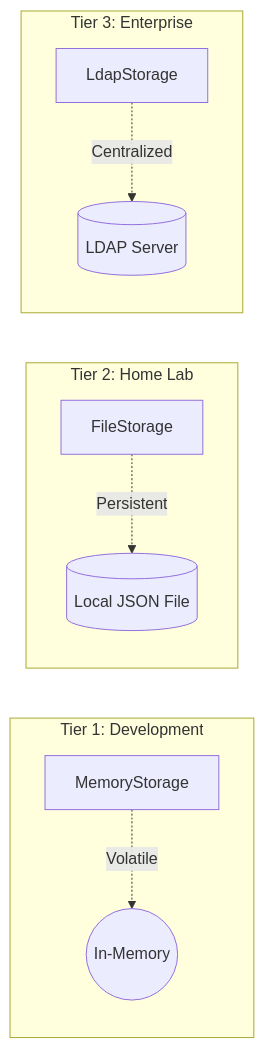
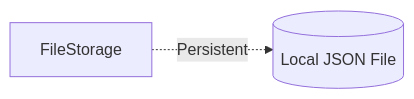
The second of 5 diagrams in website/src/content/docs/architecture.mdx (iamrichardD/pharos), drawn with Mermaid before and after one commit. The commit also changed other lines of this file and 9 other files, not shown here.

````diff
--- a/website/src/content/docs/architecture.mdx
+++ b/website/src/content/docs/architecture.mdx
@@ -66,17 +72,5 @@
-```mermaid
-graph LR
-    subgraph "Tier 1: Development"
-        Mem[MemoryStorage]
-        Mem -.->|Volatile| Data((In-Memory))
-    end
-
-    subgraph "Tier 2: Home Lab"
+    ```mermaid
+    graph LR
         File[FileStorage]
         File -.->|Persistent| JSON[(Local JSON File)]
-    end
-
-    subgraph "Tier 3: Enterprise"
-        LDAP[LdapStorage]
-        LDAP -.->|Centralized| Directory[(LDAP Server)]
-    end
-```
+    ```
````
